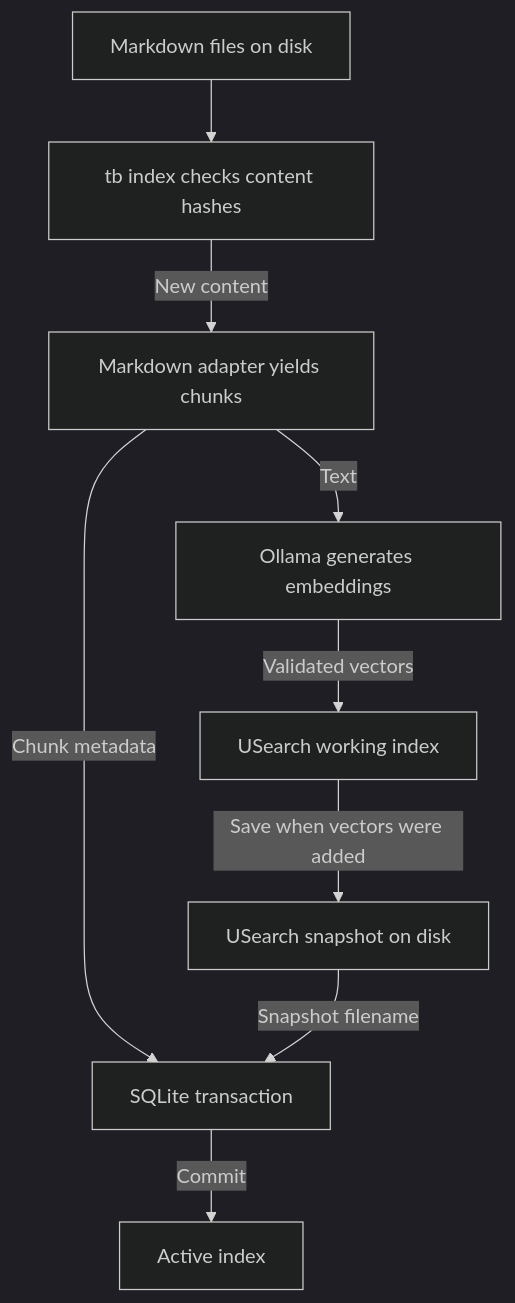
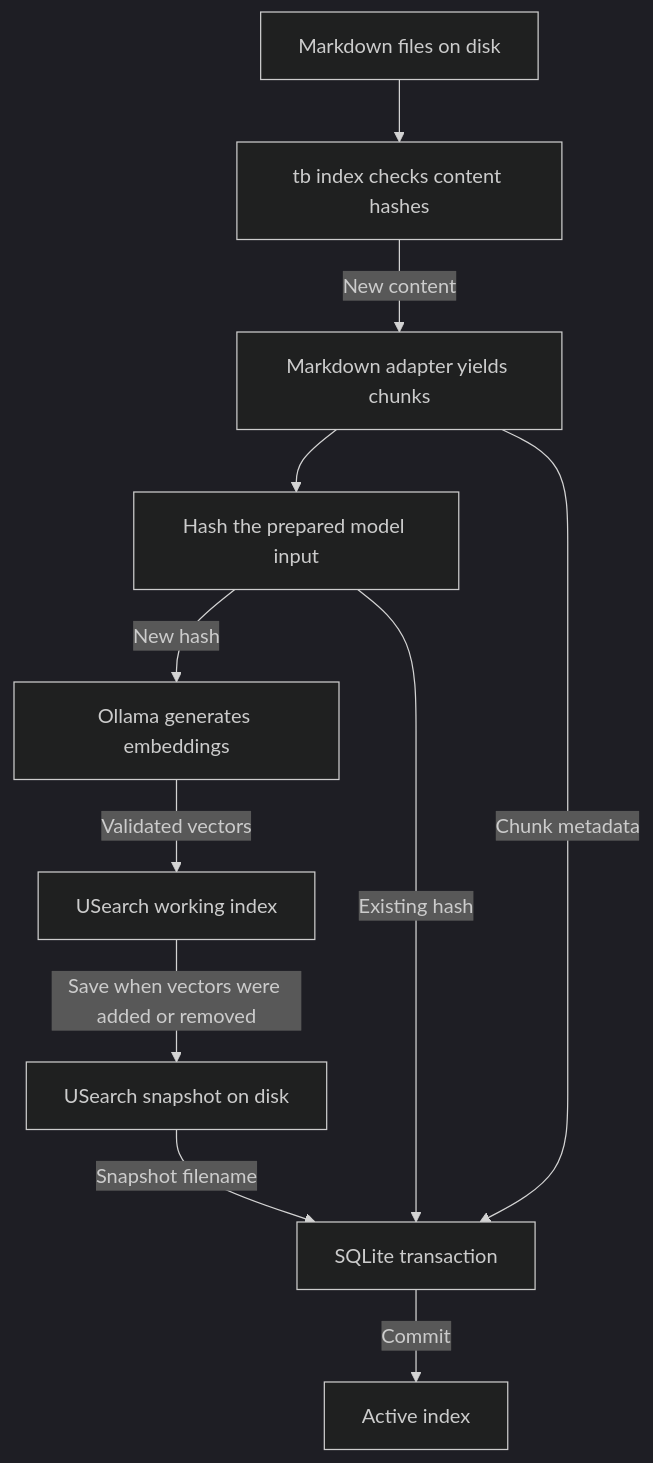
Before and after one commit to cleg/Trombone: the diagram in README.md, drawn with Mermaid (dark theme). The commit also changed other lines of this file and 26 other files, not shown here.

Commit message:
Major improvements in architecture

````diff
--- a/README.md
+++ b/README.md
@@ -27,11 +56,13 @@
 ```mermaid
 flowchart TD
     files["Markdown files on disk"] --> walk["tb index checks content hashes"]
     walk -->|New content| chunk["Markdown adapter yields chunks"]
-    chunk -->|Text| ollama["Ollama generates embeddings"]
+    chunk --> input["Hash the prepared model input"]
+    input -->|New hash| ollama["Ollama generates embeddings"]
+    input -->|Existing hash| rows
     chunk -->|Chunk metadata| rows["SQLite transaction"]
     ollama -->|Validated vectors| working["USearch working index"]
-    working -->|Save when vectors were added| snapshot["USearch snapshot on disk"]
+    working -->|Save when vectors were added or removed| snapshot["USearch snapshot on disk"]
     snapshot -->|Snapshot filename| rows
     rows -->|Commit| active["Active index"]
 ```
````
